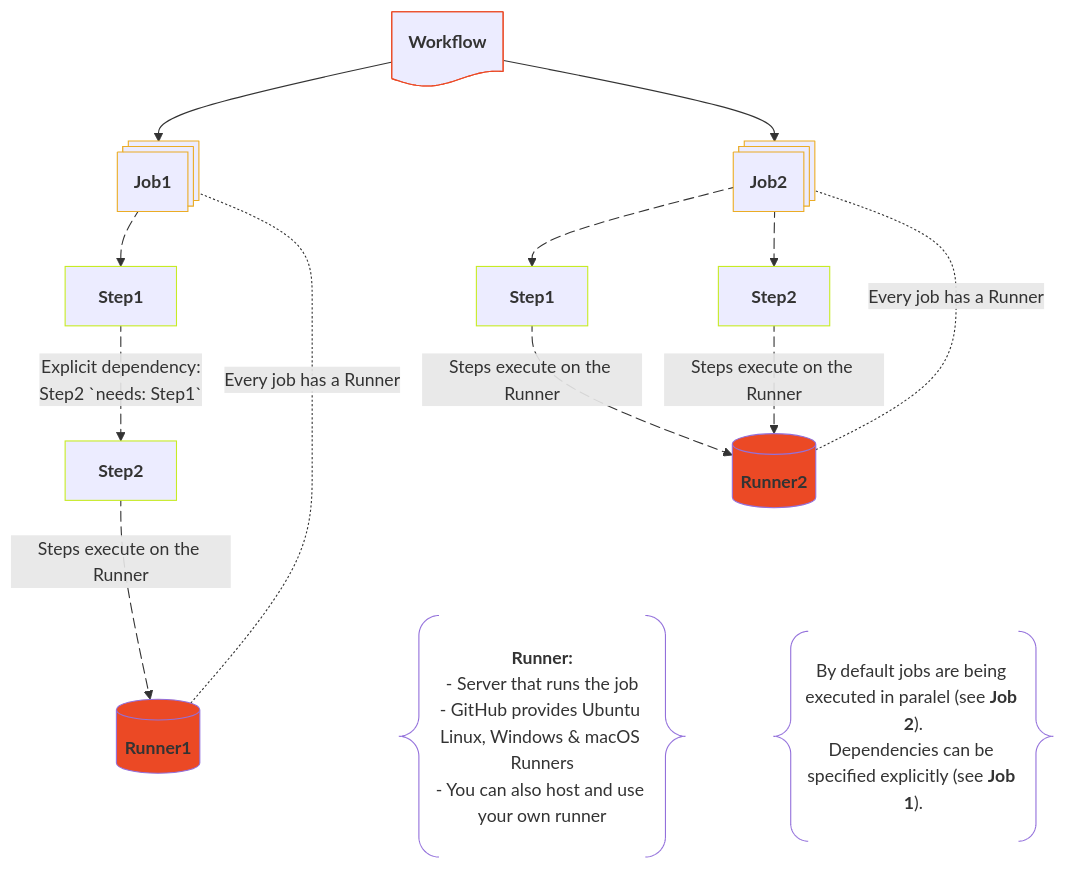
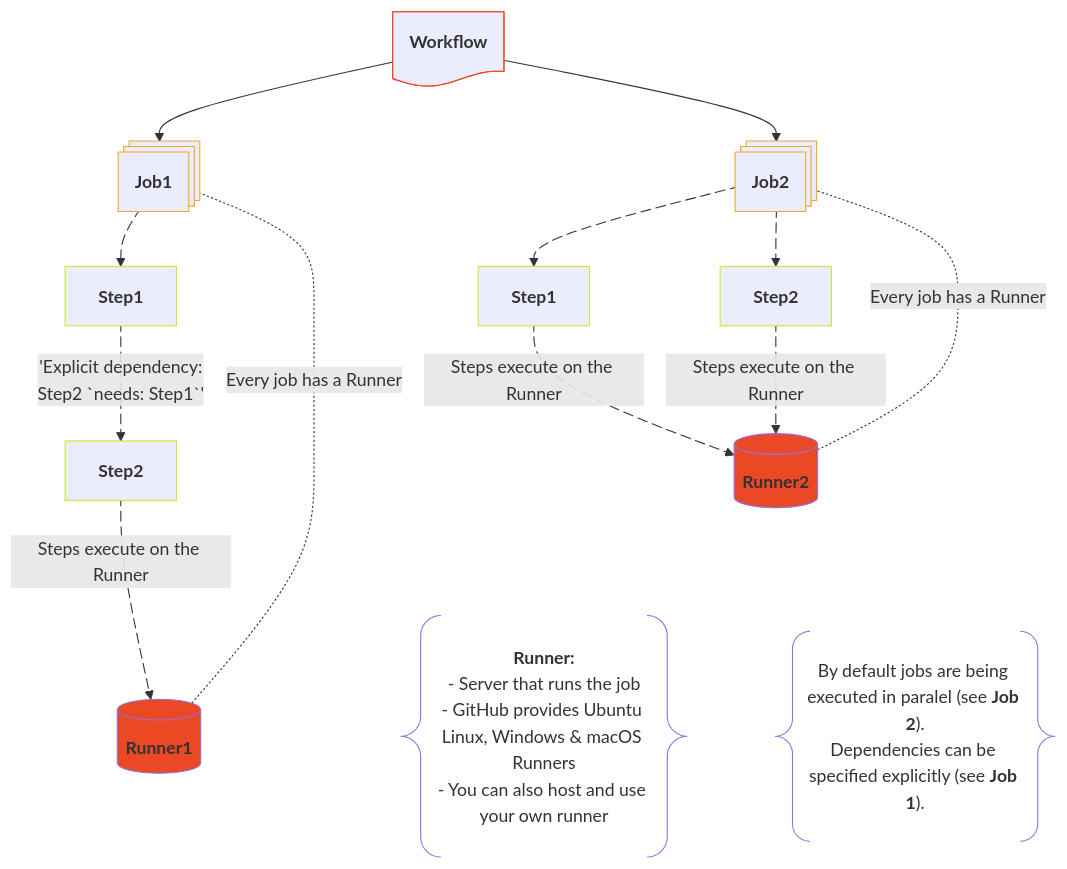
The second of 2 diagrams in content/posts/training/GitHub/2025-github-actions/03-fundamentals/index.md (rtdevx/rtdevx.github.io), drawn with Mermaid before and after one commit.

Commit message:
Obsidian sync: 2025-12-09 20:39:57

```diff
--- a/content/posts/training/GitHub/2025-github-actions/03-fundamentals/index.md
+++ b/content/posts/training/GitHub/2025-github-actions/03-fundamentals/index.md
@@ -182,66 +182,66 @@
 {{< mermaid >}}
 flowchart TB
 
 %% Class Definitions
 classDef redclass fill:#EB4925
 classDef redclasss stroke:#EB4925
 classDef yellowclass stroke:#EBAC25
 classDef greenclass stroke:#C7EB25
 
 %% Workflows
 W@{ shape: doc, label: "**Workflow**" }
 
 %% Jobs
 Job1@{ shape: processes, label: "**Job1**" }
 Job2@{ shape: processes, label: "**Job2**" }
 
 %% Job1 Steps
 Step1Job1@{ shape: process, label: "**Step1**" }
 Step2Job1@{ shape: process, label: "**Step2**" }
 
 %% Job2 Steps
 Step1Job2@{ shape: process, label: "**Step1**" }
 Step2Job2@{ shape: process, label: "**Step2**" }
 
 %% Runners
 Runner1@{ shape: db, label: "**Runner1**" }
 Runner2@{ shape: db, label: "**Runner2**" }
 
 %% Comments
 Comment1@{ shape: braces, label: "**Runner:**
 - Server that runs the job
 - GitHub provides Ubuntu Linux, Windows & macOS Runners
 - You can also host and use your own runner" }
 
 Comment2@{ shape: braces, label: "By default jobs are being executed in paralel (see **Job 2**).<br/>Dependencies can be specified explicitly (see **Job 1**)." }
 
 %% Job1
   W:::redclasss --> Job1:::yellowclass
   %% Step1
   Job1 Job1_Step1_Route@--> Step1Job1:::greenclass
-  Step1Job1 Job1_Step1_Step2_Route@-->|Explicit dependency:<br/> Step2 `needs: Step1`| Step2Job1:::greenclass  
+  Step1Job1 Job1_Step1_Step2_Route@-->|'Explicit dependency:<br/> Step2 `needs: Step1`'| Step2Job1:::greenclass  
   Job1_Step1_Route@{ animate: true }  
   Job1_Step1_Step2_Route@{ animate: true }
   %% Step2
   Step2Job1 Job1_Step2_Runner_Route@-->|Steps execute on the Runner| Runner1:::redclass
   Job1_Step2_Runner_Route@{ animate: true }  
   Runner1 -.-|Every job has a Runner| Job1
 
 %% Job2
   W --> Job2:::yellowclass
   %% Step1
   Job2 Job2_Step1_Route@--> Step1Job2:::greenclass
   Job2_Step1_Route@{ animate: true }
   Step1Job2 Job2_Step1_Runner_Route@-->|Steps execute on the Runner| Runner2:::redclass
   Job2_Step1_Runner_Route@{ animate: true }
   Runner2 -.- |Every job has a Runner| Job2 
   %% Step2
   Job2 Job2_Step2_Route@--> Step2Job2:::greenclass
   Job2_Step2_Route@{ animate: true }
   Step2Job2 Job2_Step2_Runner_Route@-->|Steps execute on the Runner| Runner2
   Job2_Step2_Runner_Route@{ animate: true }
 
   %% Comments
   Runner2 ~~~ Comment1
   Runner2 ~~~ Comment2
 {{< /mermaid >}}
```
